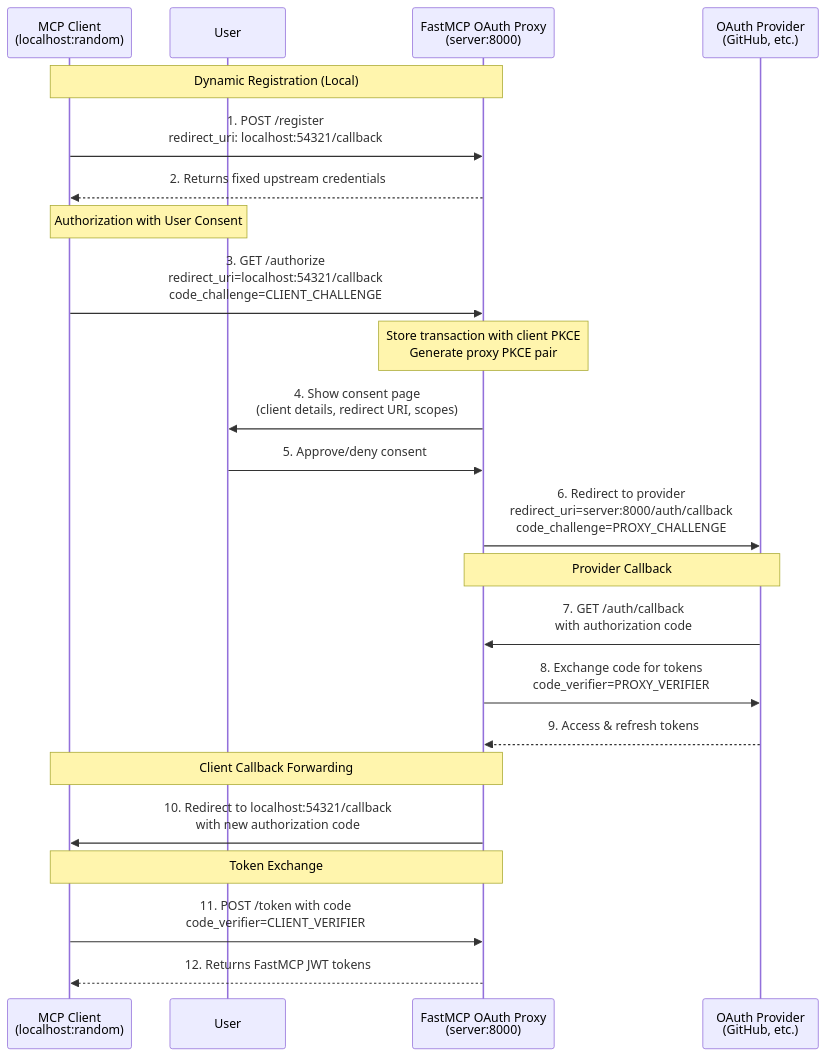
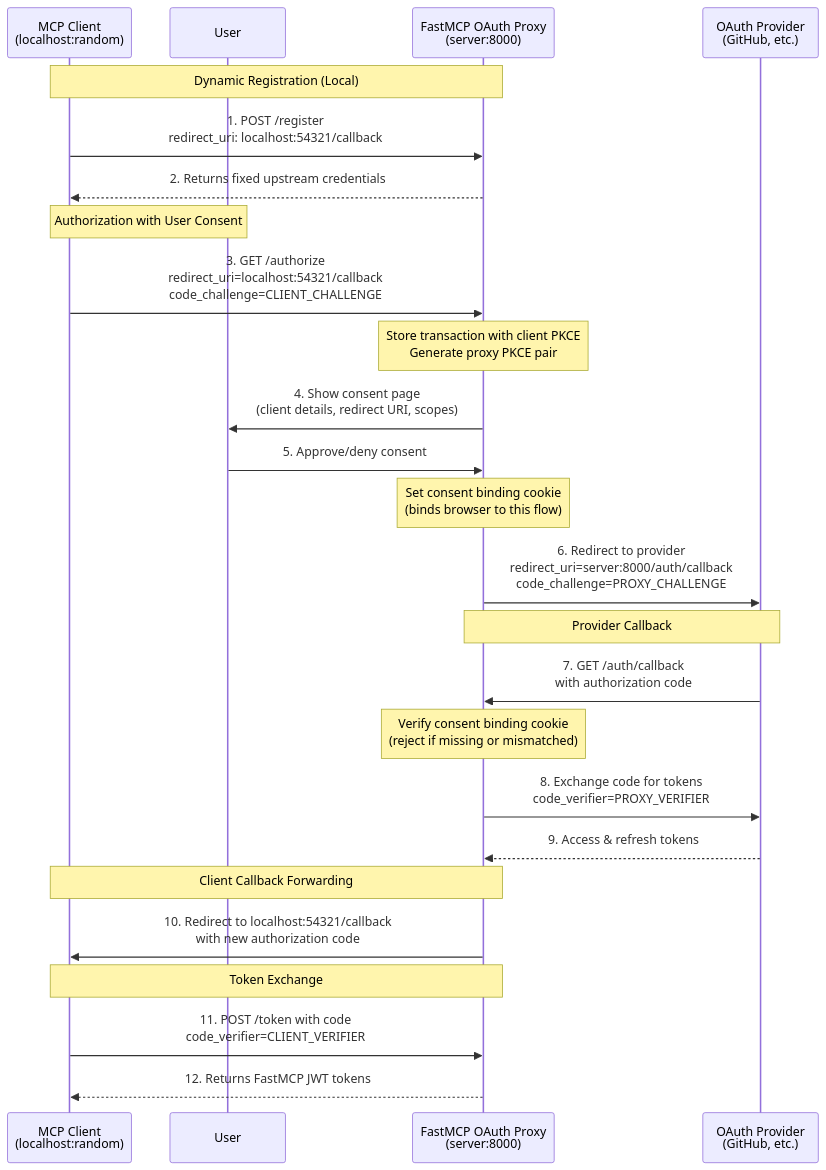
One commit to PrefectHQ/fastmcp changed the diagram in docs/servers/auth/oauth-proxy.mdx. Above: the diagram before and after it, drawn with Mermaid. The commit also changed other lines of this file and 6 other files, not shown here.

First line of the commit message:
Fix confused deputy attack via consent binding cookie (#3201)

````diff
--- a/docs/servers/auth/oauth-proxy.mdx
+++ b/docs/servers/auth/oauth-proxy.mdx
@@ -391,30 +391,32 @@
 ```mermaid
 sequenceDiagram
     participant Client as MCP Client<br/>(localhost:random)
     participant User as User
     participant Proxy as FastMCP OAuth Proxy<br/>(server:8000)
     participant Provider as OAuth Provider<br/>(GitHub, etc.)
 
     Note over Client, Proxy: Dynamic Registration (Local)
     Client->>Proxy: 1. POST /register<br/>redirect_uri: localhost:54321/callback
     Proxy-->>Client: 2. Returns fixed upstream credentials
 
     Note over Client, User: Authorization with User Consent
     Client->>Proxy: 3. GET /authorize<br/>redirect_uri=localhost:54321/callback<br/>code_challenge=CLIENT_CHALLENGE
     Note over Proxy: Store transaction with client PKCE<br/>Generate proxy PKCE pair
     Proxy->>User: 4. Show consent page<br/>(client details, redirect URI, scopes)
     User->>Proxy: 5. Approve/deny consent
+    Note over Proxy: Set consent binding cookie<br/>(binds browser to this flow)
     Proxy->>Provider: 6. Redirect to provider<br/>redirect_uri=server:8000/auth/callback<br/>code_challenge=PROXY_CHALLENGE
 
     Note over Provider, Proxy: Provider Callback
     Provider->>Proxy: 7. GET /auth/callback<br/>with authorization code
+    Note over Proxy: Verify consent binding cookie<br/>(reject if missing or mismatched)
     Proxy->>Provider: 8. Exchange code for tokens<br/>code_verifier=PROXY_VERIFIER
     Provider-->>Proxy: 9. Access & refresh tokens
 
     Note over Proxy, Client: Client Callback Forwarding
     Proxy->>Client: 10. Redirect to localhost:54321/callback<br/>with new authorization code
 
     Note over Client, Proxy: Token Exchange
     Client->>Proxy: 11. POST /token with code<br/>code_verifier=CLIENT_VERIFIER
     Proxy-->>Client: 12. Returns FastMCP JWT tokens
 ```
````
